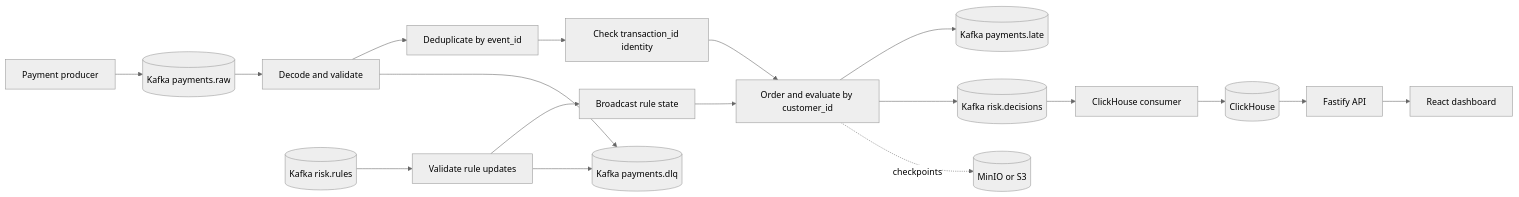
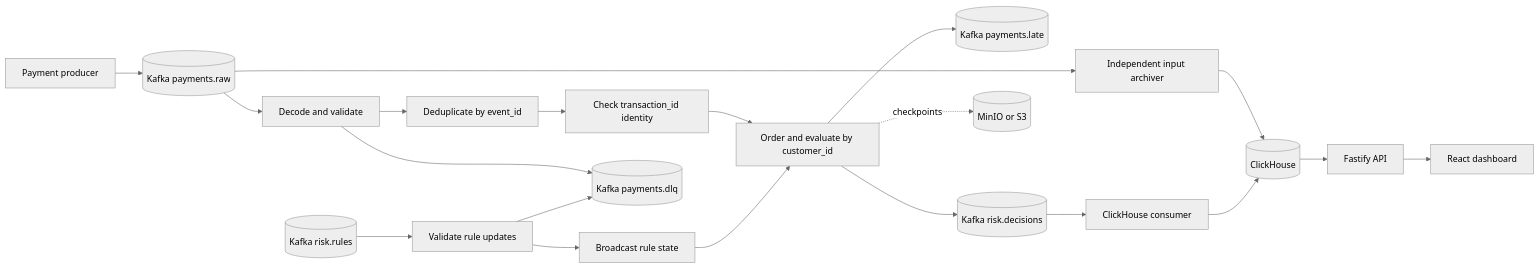
One commit to acilione/payment-risk changed the diagram in README.md. Above: the diagram before and after it, drawn with Mermaid (neutral theme). The commit also changed other lines of this file and 27 other files, not shown here.

````diff
--- a/README.md
+++ b/README.md
@@ -47,20 +47,22 @@
 ```mermaid
 flowchart LR
   P[Payment producer] --> K[(Kafka payments.raw)]
+  K --> I[Independent input archiver]
+  I --> C[(ClickHouse)]
   K --> V[Decode and validate]
   V --> D[Deduplicate by event_id]
   D --> T[Check transaction_id identity]
   T --> E[Order and evaluate by customer_id]
   R[(Kafka risk.rules)] --> RV[Validate rule updates]
   RV --> B[Broadcast rule state]
   B --> E
   V --> Q[(Kafka payments.dlq)]
   RV --> Q
   E --> L[(Kafka payments.late)]
   E --> O[(Kafka risk.decisions)]
   O --> M[ClickHouse consumer]
   M --> C[(ClickHouse)]
   C --> A[Fastify API]
   A --> W[React dashboard]
   E -. checkpoints .-> S[(MinIO or S3)]
 ```
````
